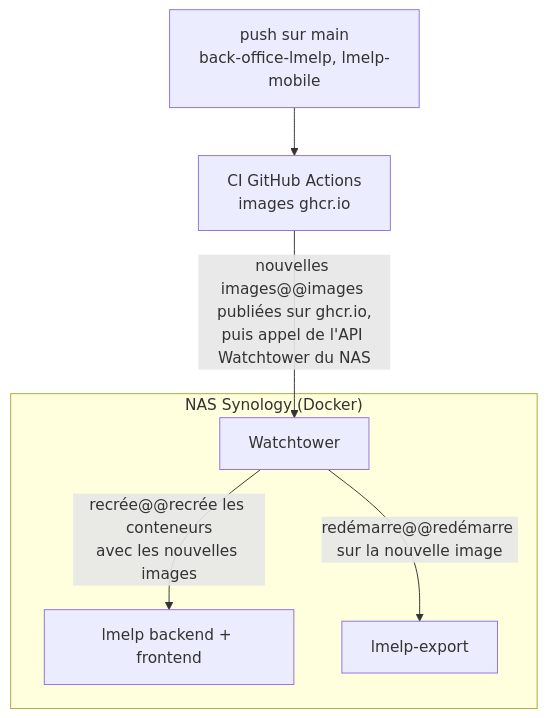
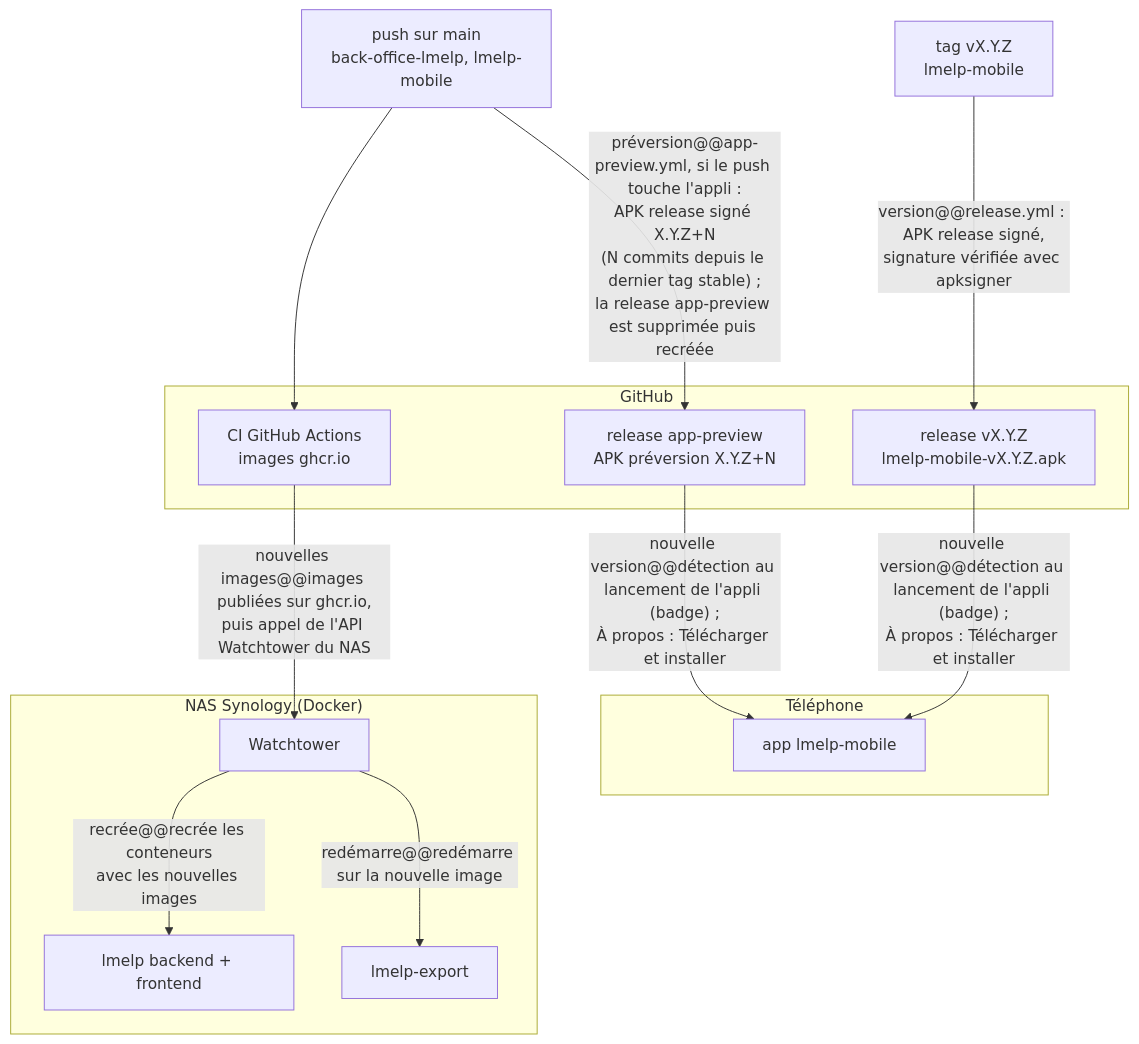
The second of 2 diagrams in docs/ecosysteme.md (castorfou/lmelp-mobile), drawn with Mermaid before and after one commit. The commit also changed other lines of this file, not shown here.

Commit message:
Doc écosystème : mise à jour de l'appli (préversion app-preview, version vX.Y.Z) #178

````diff
--- a/docs/ecosysteme.md
+++ b/docs/ecosysteme.md
@@ -69,14 +69,30 @@
 ```mermaid
 flowchart TB
     PUSH["push sur main<br/>back-office-lmelp, lmelp-mobile"]
-    CI["CI GitHub Actions<br/>images ghcr.io"]
+    TAG["tag vX.Y.Z<br/>lmelp-mobile"]
+
+    subgraph GH["GitHub"]
+        CI["CI GitHub Actions<br/>images ghcr.io"]
+        PREV["release app-preview<br/>APK préversion X.Y.Z+N"]
+        APK["release vX.Y.Z<br/>lmelp-mobile-vX.Y.Z.apk"]
+    end
+
     subgraph NAS["NAS Synology (Docker)"]
         WT["Watchtower"]
         BACK["lmelp backend + frontend"]
         EXPORT["lmelp-export"]
     end
+
+    subgraph PHONE["Téléphone"]
+        MOB["app lmelp-mobile"]
+    end
+
     PUSH --> CI
+    PUSH -->|"préversion@@app-preview.yml, si le push touche l'appli :<br/>APK release signé X.Y.Z+N<br/>(N commits depuis le dernier tag stable) ;<br/>la release app-preview est supprimée puis recréée"| PREV
+    TAG -->|"version@@release.yml : APK release signé,<br/>signature vérifiée avec apksigner"| APK
     CI -->|"nouvelles images@@images publiées sur ghcr.io,<br/>puis appel de l'API Watchtower du NAS"| WT
     WT -->|"recrée@@recrée les conteneurs<br/>avec les nouvelles images"| BACK
     WT -->|"redémarre@@redémarre sur la nouvelle image"| EXPORT
+    PREV -->|"nouvelle version@@détection au lancement de l'appli (badge) ;<br/>À propos : Télécharger et installer"| MOB
+    APK -->|"nouvelle version@@détection au lancement de l'appli (badge) ;<br/>À propos : Télécharger et installer"| MOB
 ```
````
